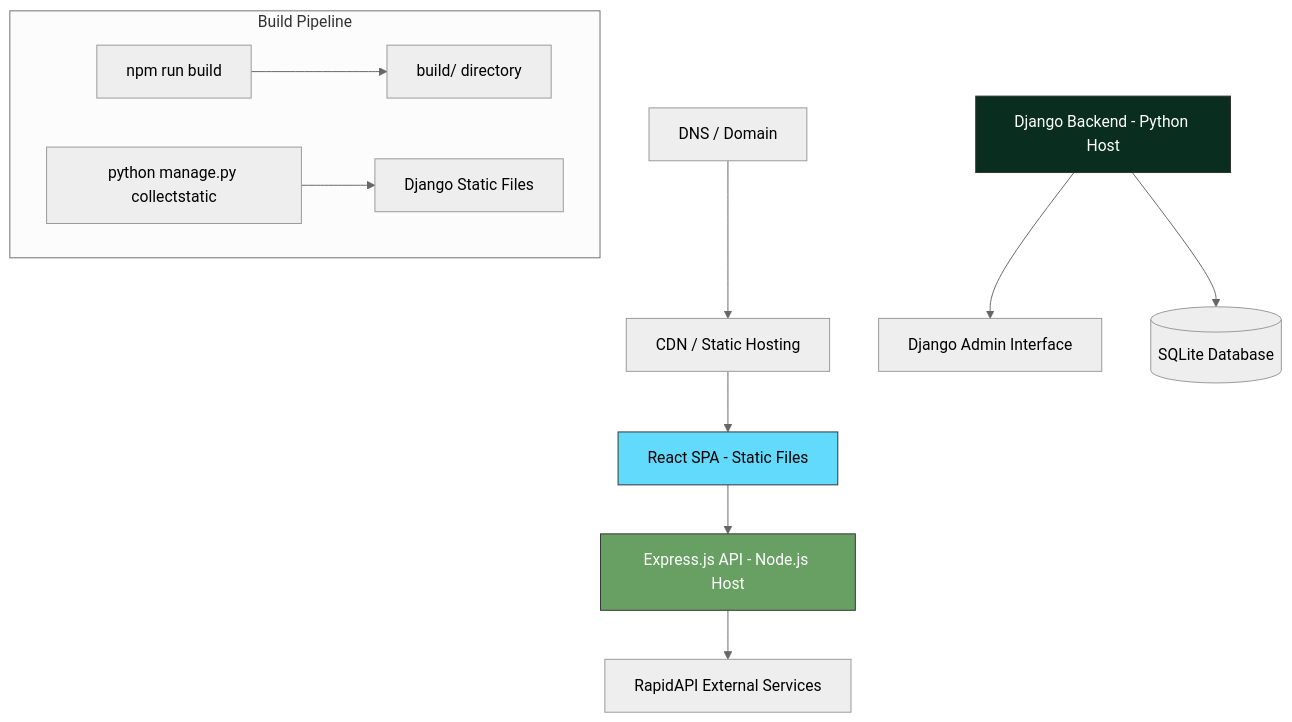
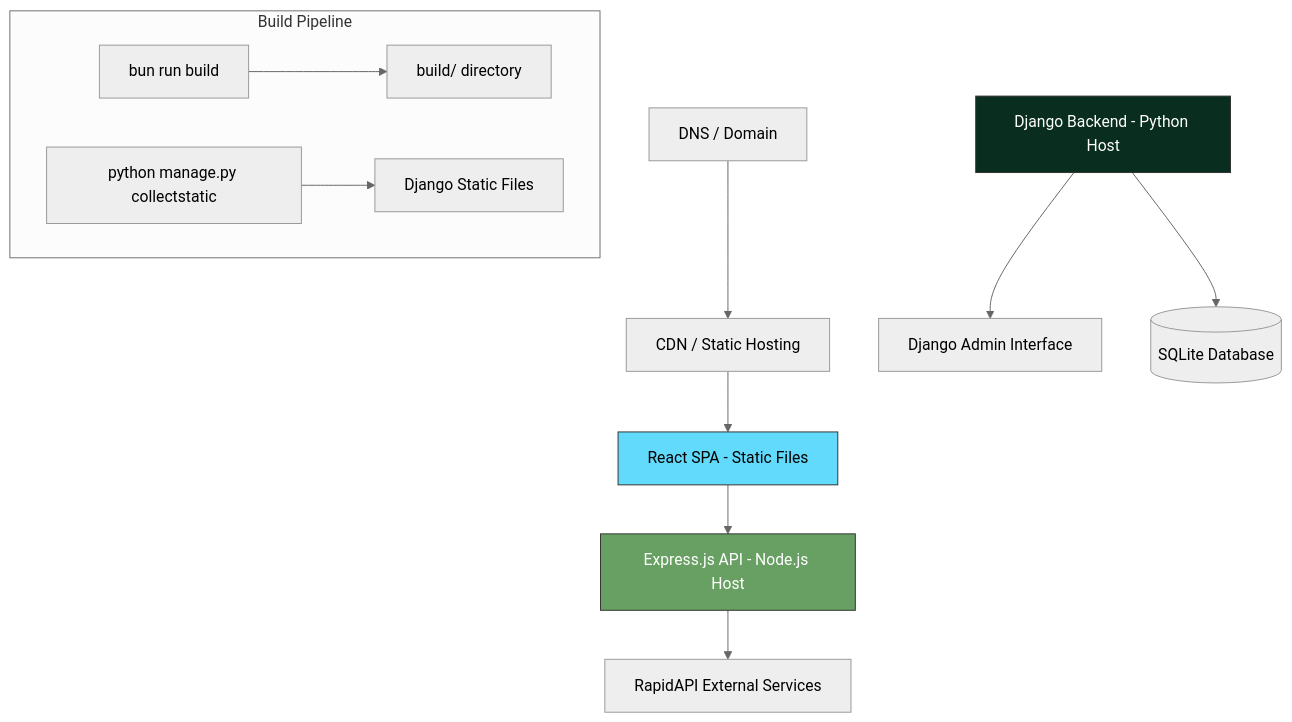
The second of 2 diagrams in docs/Project_Architecture/projects/xamehi/xamehi_architecture.md (rhixecompany/sandbox), drawn with Mermaid (neutral theme) before and after one commit. The commit also changed other lines of this file and 126 other files, not shown here.

First line of the commit message:
chore: migrate npm/npx → bun/bunx + bun default package manager

````diff
--- a/docs/Project_Architecture/projects/xamehi/xamehi_architecture.md
+++ b/docs/Project_Architecture/projects/xamehi/xamehi_architecture.md
@@ -266,20 +266,20 @@
 ```mermaid
 graph TD
     DNS[DNS / Domain] --> CDN[CDN / Static Hosting]
     CDN --> SPA[React SPA - Static Files]
     
     SPA --> ExpressAPI[Express.js API - Node.js Host]
     ExpressAPI --> RapidAPI[RapidAPI External Services]
     
     Django[Django Backend - Python Host] --> Admin[Django Admin Interface]
     Django --> DB[(SQLite Database)]
     
     subgraph "Build Pipeline"
-        Build[npm run build] --> Static[build/ directory]
+        Build[bun run build] --> Static[build/ directory]
         Collect[python manage.py collectstatic] --> DjangoStatic[Django Static Files]
     end
     
     style SPA fill:#61DAFB,stroke:#333,color:#000
     style ExpressAPI fill:#68A063,stroke:#333,color:#fff
     style Django fill:#092E20,stroke:#333,color:#fff
 ```
````
